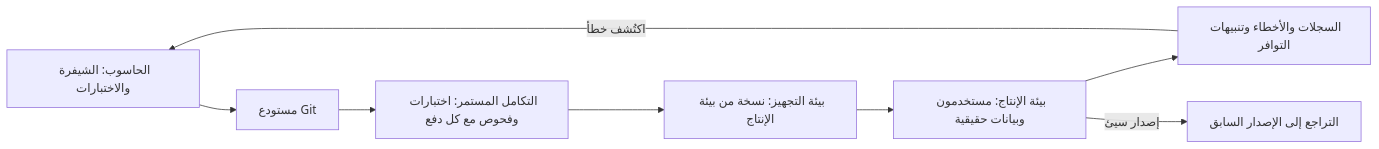
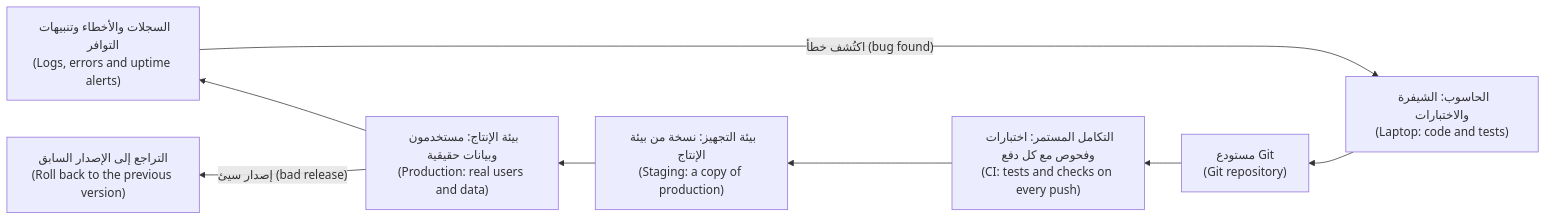
One commit to Tamoura/system-design-for-vibe-coders changed the third of 3 diagrams in career/modules/01-skills.ar.md. Above: the diagram before and after it, drawn with Mermaid. The commit also changed other lines of this file and 20 other files, not shown here.

First line of the commit message:
New courses: Arabic diagrams read right-to-left with English labels (modules 0–6)

````diff
--- a/career/modules/01-skills.ar.md
+++ b/career/modules/01-skills.ar.md
@@ -561,10 +561,10 @@
 ```mermaid
-flowchart LR
-    L["الحاسوب: الشيفرة والاختبارات"] --> G["مستودع Git"]
-    G --> C["التكامل المستمر: اختبارات وفحوص مع كل دفع"]
-    C --> S["بيئة التجهيز: نسخة من بيئة الإنتاج"]
-    S --> P["بيئة الإنتاج: مستخدمون وبيانات حقيقية"]
-    P --> M["السجلات والأخطاء وتنبيهات التوافر"]
-    M -->|"اكتُشف خطأ"| L
-    P -->|"إصدار سيئ"| B["التراجع إلى الإصدار السابق"]
+flowchart RL
+    L["الحاسوب: الشيفرة والاختبارات<br/>(Laptop: code and tests)"] --> G["مستودع Git<br/>(Git repository)"]
+    G --> C["التكامل المستمر: اختبارات وفحوص مع كل دفع<br/>(CI: tests and checks on every push)"]
+    C --> S["بيئة التجهيز: نسخة من بيئة الإنتاج<br/>(Staging: a copy of production)"]
+    S --> P["بيئة الإنتاج: مستخدمون وبيانات حقيقية<br/>(Production: real users and data)"]
+    P --> M["السجلات والأخطاء وتنبيهات التوافر<br/>(Logs, errors and uptime alerts)"]
+    M -->|"اكتُشف خطأ (bug found)"| L
+    P -->|"إصدار سيئ (bad release)"| B["التراجع إلى الإصدار السابق<br/>(Roll back to the previous version)"]
 ```
````
